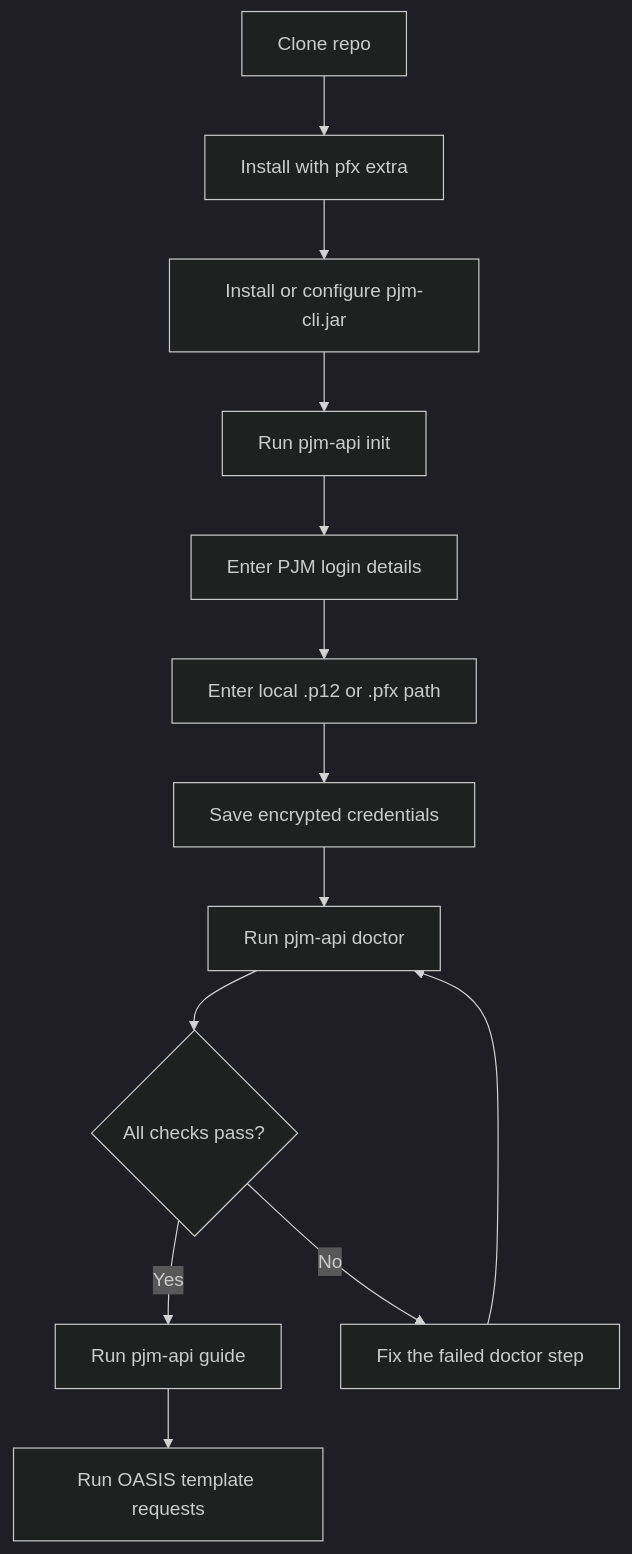
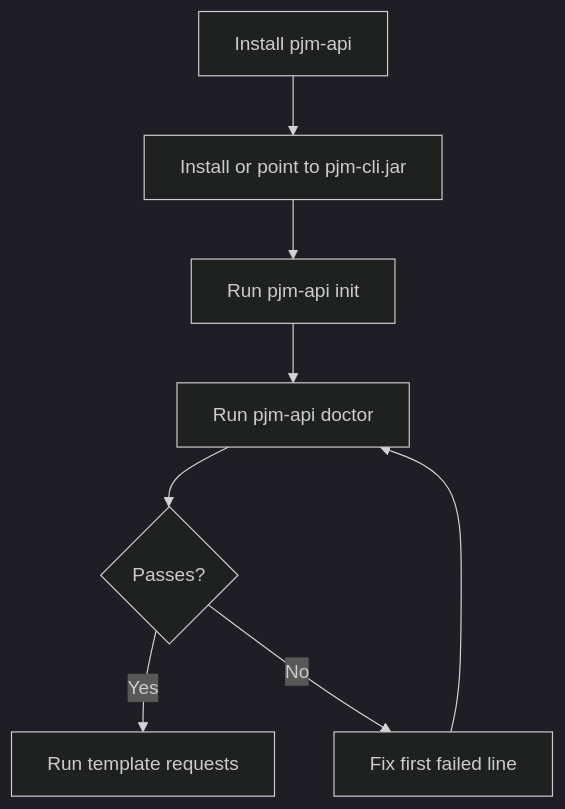
One commit to willschenk/pjm-api changed the first of 3 diagrams in README.md. Above: the diagram before and after it, drawn with Mermaid (dark theme). The commit also changed other lines of this file and 16 other files, not shown here.

Commit message:
Simplify PJM CLI setup path

````diff
--- a/README.md
+++ b/README.md
@@ -87,15 +88,10 @@
 ```mermaid
 flowchart TD
-    A[Clone repo] --> B[Install with pfx extra]
-    B --> C[Install or configure pjm-cli.jar]
-    C --> D[Run pjm-api init]
-    D --> E[Enter PJM login details]
-    E --> F[Enter local .p12 or .pfx path]
-    F --> G[Save encrypted credentials]
-    G --> H[Run pjm-api doctor]
-    H --> I{All checks pass?}
-    I -->|Yes| J[Run pjm-api guide]
-    J --> K[Run OASIS template requests]
-    I -->|No| L[Fix the failed doctor step]
-    L --> H
+    A[Install pjm-api] --> B[Install or point to pjm-cli.jar]
+    B --> C[Run pjm-api init]
+    C --> D[Run pjm-api doctor]
+    D --> E{Passes?}
+    E -->|Yes| F[Run template requests]
+    E -->|No| G[Fix first failed line]
+    G --> D
 ```
````
